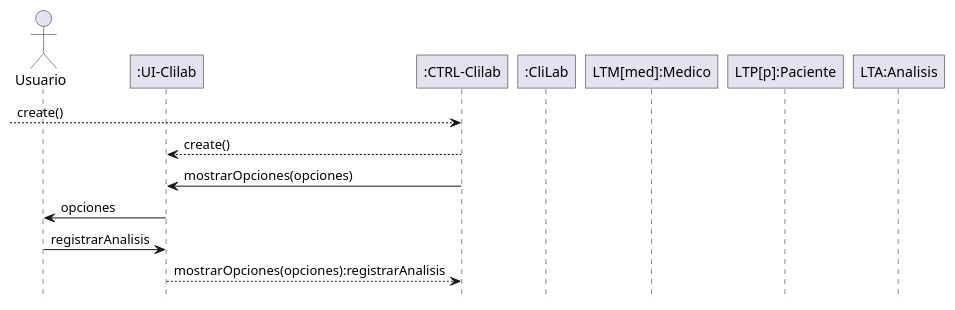
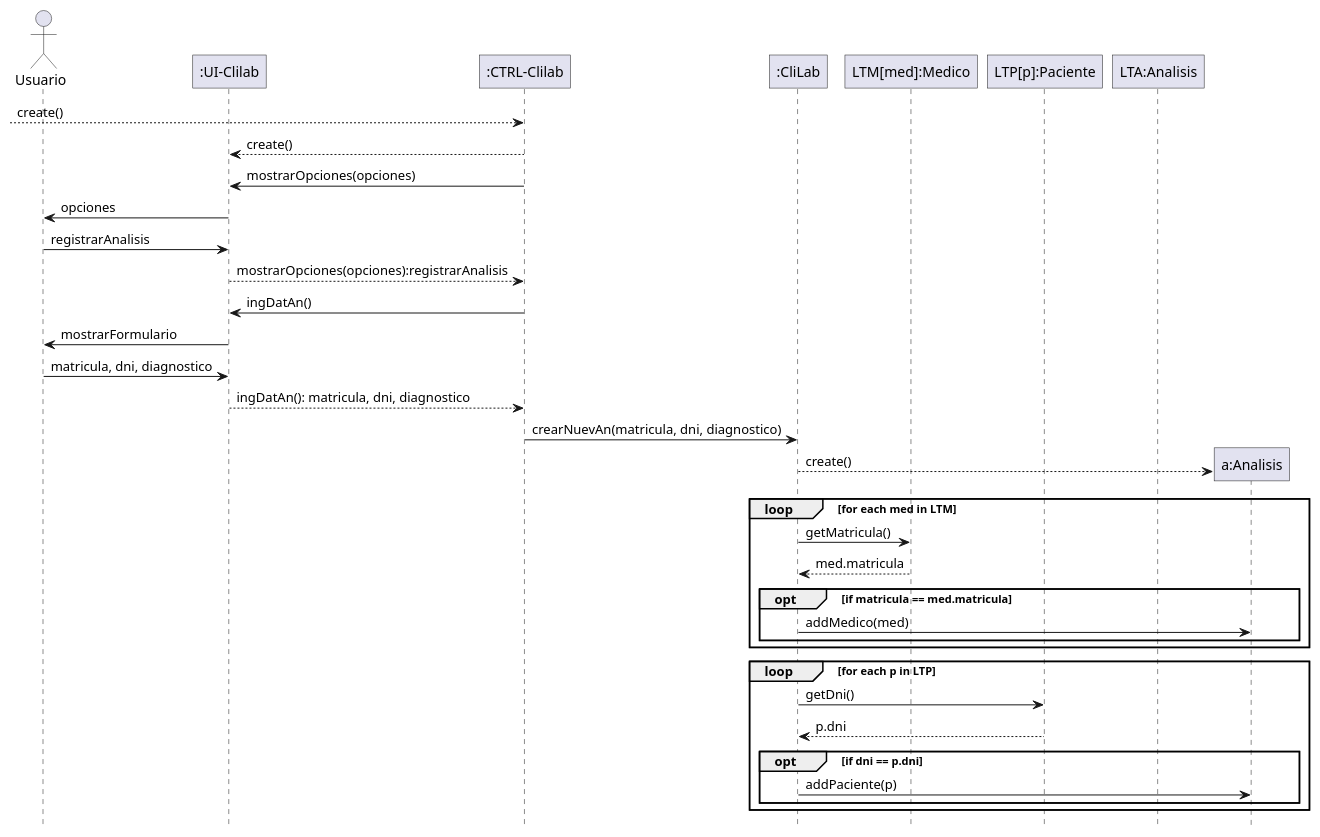
One commit to Z0SO/UML-Practice changed the seventh of 7 diagrams in 1-Repaso recuperatorio/Repaso Recuperatorio.md. Above: the diagram before and after it, drawn with PlantUML.

Commit message:
bkp -> 2024-08-12 23:28:10

````diff
--- a/1-Repaso recuperatorio/Repaso Recuperatorio.md
+++ b/1-Repaso recuperatorio/Repaso Recuperatorio.md
@@ -531,44 +531,91 @@
 ```plantuml
 @startuml
 
 hide footbox
 
 skinparam participant {
   RoundCorner 0
 }
 
 
 
 actor "Usuario" as usuario
 
 participant ":UI-Clilab" as ui
 
 
 create ":CTRL-Clilab" as controlador 
 controlador <--[ : create()
 
 
 
 participant ":CliLab" as sistema
 
 
 participant "LTM[med]:Medico" as ltm
 
 participant "LTP[p]:Paciente" as ltp
 
 participant "LTA:Analisis" as lta
 
 
 controlador --> ui : create()
 
 controlador -> ui : mostrarOpciones(opciones)
 ui -> usuario : opciones
 
 usuario -> ui : registrarAnalisis
 
 ui --> controlador : mostrarOpciones(opciones):registrarAnalisis
 
+controlador -> ui : ingDatAn()
+
+ui -> usuario : mostrarFormulario
+
+usuario -> ui : matricula, dni, diagnostico
+
+
+ui --> controlador : ingDatAn(): matricula, dni, diagnostico
+
+
+controlador -> sistema : crearNuevAn(matricula, dni, diagnostico)
+
+
+' se hace la buscqueda del medico y del paciente
+
+create "a:Analisis" as analisis
+sistema --> analisis : create()
+
+loop for each med in LTM
+
+    sistema -> ltm : getMatricula()
+    ltm --> sistema : med.matricula
+
+    opt if matricula == med.matricula
+
+        sistema -> analisis : addMedico(med)
+    
+    end
+
+end
+
+loop for each p in LTP
+    sistema -> ltp : getDni()
+    ltp --> sistema : p.dni
+
+    opt if dni == p.dni
+        sistema -> analisis : addPaciente(p)   
+    end
+
+end
+
+
+
+
+
+
+
 
 
 
 ```
````
